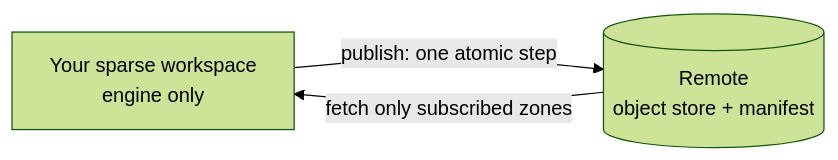
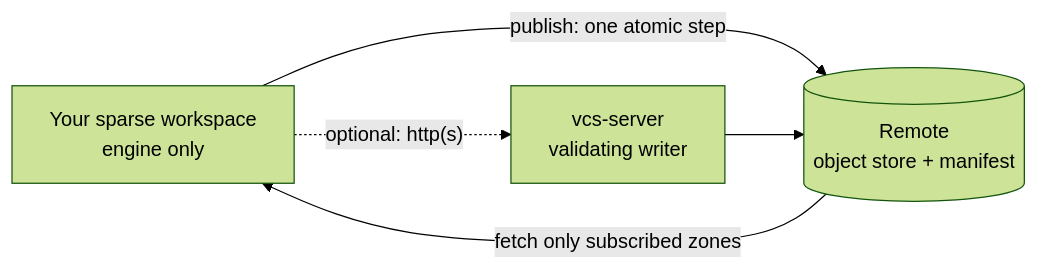
Before and after one commit to Bobliuuu/allgit: the diagram in README.md, drawn with Mermaid (forest theme). The commit also changed other lines of this file and 3 other files, not shown here.

Commit message:
docs(readme): 📝 refresh readme, roadmap, architecture and 100k benchmarks

````diff
--- a/README.md
+++ b/README.md
@@ -193,5 +224,7 @@
 ```mermaid
 flowchart LR
   W["Your sparse workspace<br/>engine only"] -->|publish: one atomic step| R[("Remote<br/>object store + manifest")]
   R -->|fetch only subscribed zones| W
+  W -.->|"optional: http(s)"| S["vcs-server<br/>validating writer"]
+  S --> R
 ```
````
